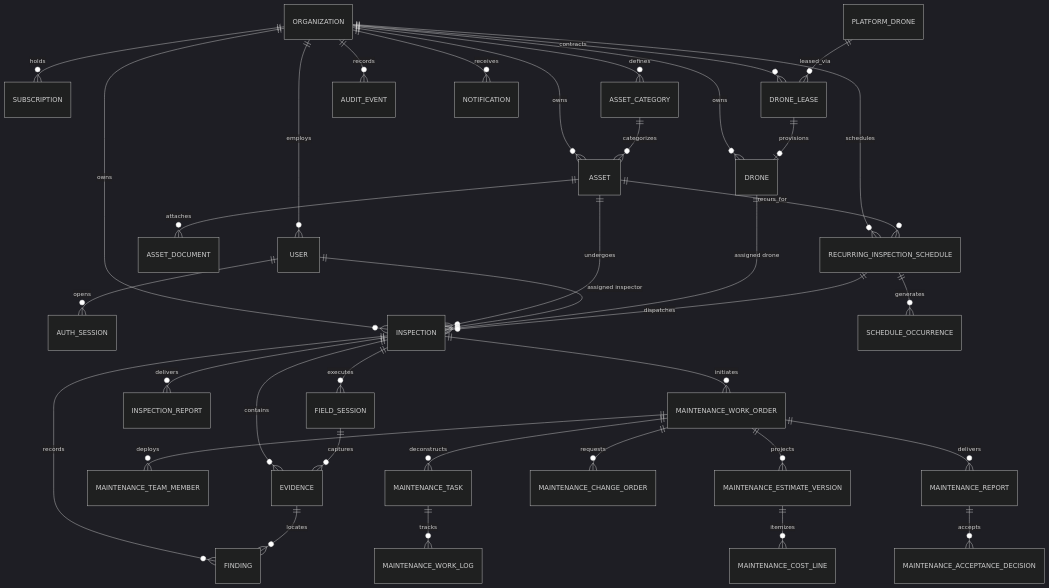
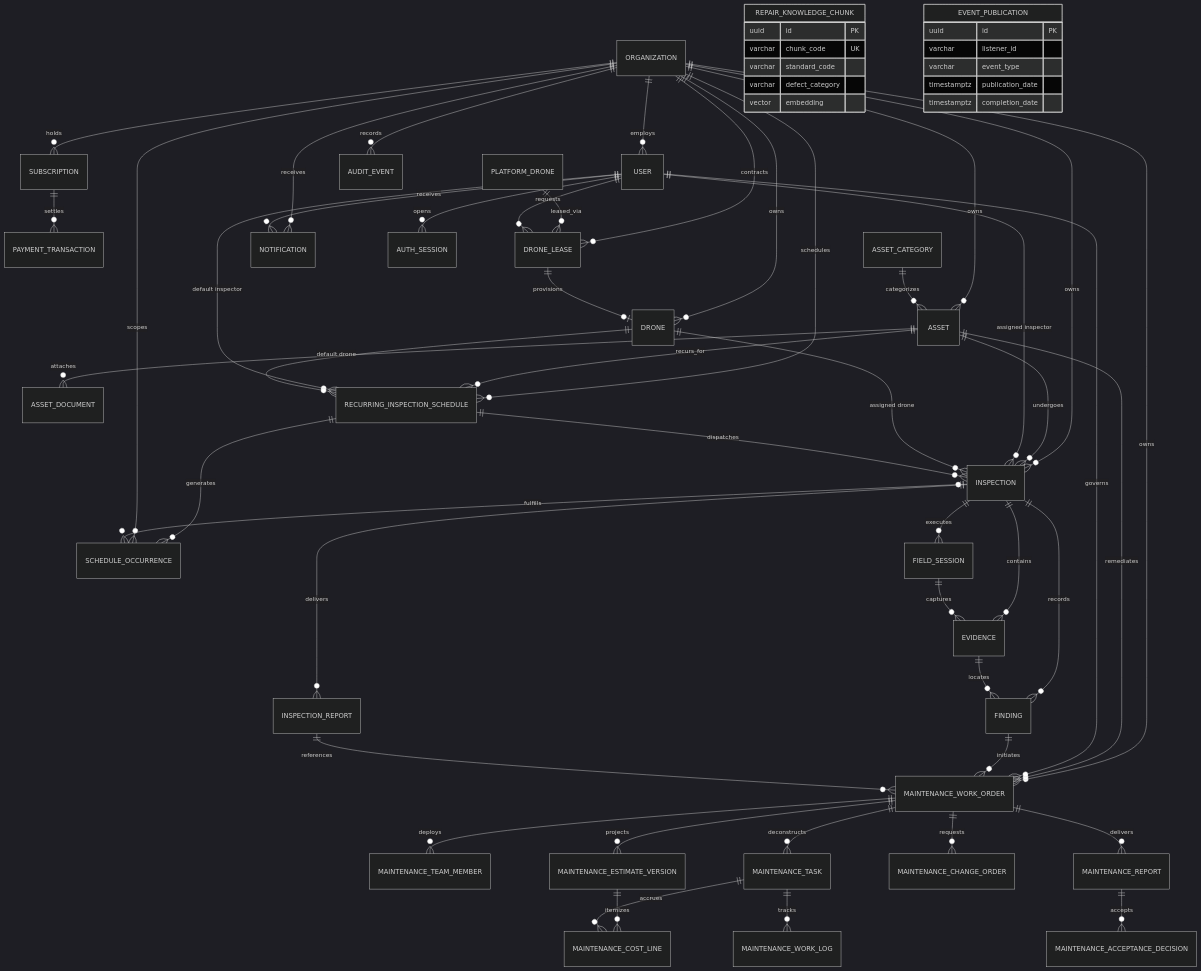
The first of 5 diagrams in reports/report-4-software-design-document/02-database-design.md (tungbach12/SmartDroneInspection-Docs), drawn with Mermaid (dark theme) before and after one commit. The commit also changed other lines of this file and 155 other files, not shown here.

````diff
--- a/reports/report-4-software-design-document/02-database-design.md
+++ b/reports/report-4-software-design-document/02-database-design.md
@@ -12,46 +12,72 @@
 ```mermaid
 %% title: Database Entity Relationship Diagram (ERD)
 erDiagram
   ORGANIZATION ||--o{ USER : employs
   ORGANIZATION ||--o{ SUBSCRIPTION : holds
-  ORGANIZATION ||--o{ ASSET_CATEGORY : defines
+  SUBSCRIPTION ||--o{ PAYMENT_TRANSACTION : settles
   ORGANIZATION ||--o{ DRONE : owns
   ORGANIZATION ||--o{ DRONE_LEASE : contracts
   PLATFORM_DRONE ||--o{ DRONE_LEASE : leased_via
   DRONE_LEASE ||--o| DRONE : provisions
+  USER ||--o{ DRONE_LEASE : requests
   ORGANIZATION ||--o{ ASSET : owns
   ASSET_CATEGORY ||--o{ ASSET : categorizes
   ASSET ||--o{ ASSET_DOCUMENT : attaches
 
   ORGANIZATION ||--o{ AUDIT_EVENT : records
   ORGANIZATION ||--o{ NOTIFICATION : receives
+  USER ||--o{ NOTIFICATION : receives
 
   USER ||--o{ AUTH_SESSION : opens
 
   ORGANIZATION ||--o{ INSPECTION : owns
   ASSET ||--o{ INSPECTION : undergoes
   USER ||--o{ INSPECTION : "assigned inspector"
   DRONE ||--o{ INSPECTION : "assigned drone"
   ORGANIZATION ||--o{ RECURRING_INSPECTION_SCHEDULE : schedules
   ASSET ||--o{ RECURRING_INSPECTION_SCHEDULE : recurs_for
+  USER ||--o{ RECURRING_INSPECTION_SCHEDULE : "default inspector"
+  DRONE ||--o{ RECURRING_INSPECTION_SCHEDULE : "default drone"
   RECURRING_INSPECTION_SCHEDULE ||--o{ SCHEDULE_OCCURRENCE : generates
+  ORGANIZATION ||--o{ SCHEDULE_OCCURRENCE : scopes
+  INSPECTION |o--o{ SCHEDULE_OCCURRENCE : fulfills
   RECURRING_INSPECTION_SCHEDULE ||--o{ INSPECTION : dispatches
 
   INSPECTION ||--o{ FIELD_SESSION : executes
   INSPECTION ||--o{ EVIDENCE : contains
   FIELD_SESSION ||--o{ EVIDENCE : captures
   INSPECTION ||--o{ FINDING : records
   EVIDENCE ||--o{ FINDING : locates
 
   INSPECTION ||--o{ INSPECTION_REPORT : delivers
 
-  INSPECTION ||--o{ MAINTENANCE_WORK_ORDER : initiates
+  ORGANIZATION ||--o{ MAINTENANCE_WORK_ORDER : owns
+  ASSET ||--o{ MAINTENANCE_WORK_ORDER : remediates
+  USER ||--o{ MAINTENANCE_WORK_ORDER : governs
+  FINDING ||--o{ MAINTENANCE_WORK_ORDER : initiates
+  INSPECTION_REPORT ||--o{ MAINTENANCE_WORK_ORDER : references
   MAINTENANCE_WORK_ORDER ||--o{ MAINTENANCE_TEAM_MEMBER : deploys
   MAINTENANCE_WORK_ORDER ||--o{ MAINTENANCE_TASK : deconstructs
   MAINTENANCE_WORK_ORDER ||--o{ MAINTENANCE_ESTIMATE_VERSION : projects
   MAINTENANCE_ESTIMATE_VERSION ||--o{ MAINTENANCE_COST_LINE : itemizes
+  MAINTENANCE_TASK ||--o{ MAINTENANCE_COST_LINE : accrues
   MAINTENANCE_WORK_ORDER ||--o{ MAINTENANCE_CHANGE_ORDER : requests
   MAINTENANCE_TASK ||--o{ MAINTENANCE_WORK_LOG : tracks
   MAINTENANCE_WORK_ORDER ||--o{ MAINTENANCE_REPORT : delivers
   MAINTENANCE_REPORT ||--o{ MAINTENANCE_ACCEPTANCE_DECISION : accepts
+
+  REPAIR_KNOWLEDGE_CHUNK {
+    uuid id PK
+    varchar chunk_code UK
+    varchar standard_code
+    varchar defect_category
+    vector embedding
+  }
+  EVENT_PUBLICATION {
+    uuid id PK
+    varchar listener_id
+    varchar event_type
+    timestamptz publication_date
+    timestamptz completion_date
+  }
 ```
````
